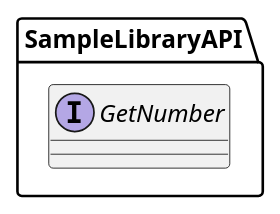
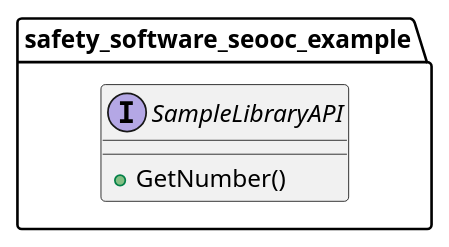
Before and after one commit to eclipse-score/tooling: the diagram in bazel/rules/rules_score/docs/_assets/SeoocExample_PublicApi.puml, drawn with PlantUML. The commit also changed 31 other files, not shown here.

```diff
--- a/bazel/rules/rules_score/docs/_assets/SeoocExample_PublicApi.puml
+++ b/bazel/rules/rules_score/docs/_assets/SeoocExample_PublicApi.puml
@@ -14,8 +14,9 @@
 @startuml SeoocExample_PublicApi
 
-package "SampleLibraryAPI" as SampleLibraryAPI {
-    interface "GetNumber" as GetNumber
-    ' interface "SetNumber" as SetNumber
+namespace safety_software_seooc_example {
+    interface "SampleLibraryAPI" as SampleLibraryAPI {
+        + GetNumber()
+    }
 }
 
 @enduml
```
